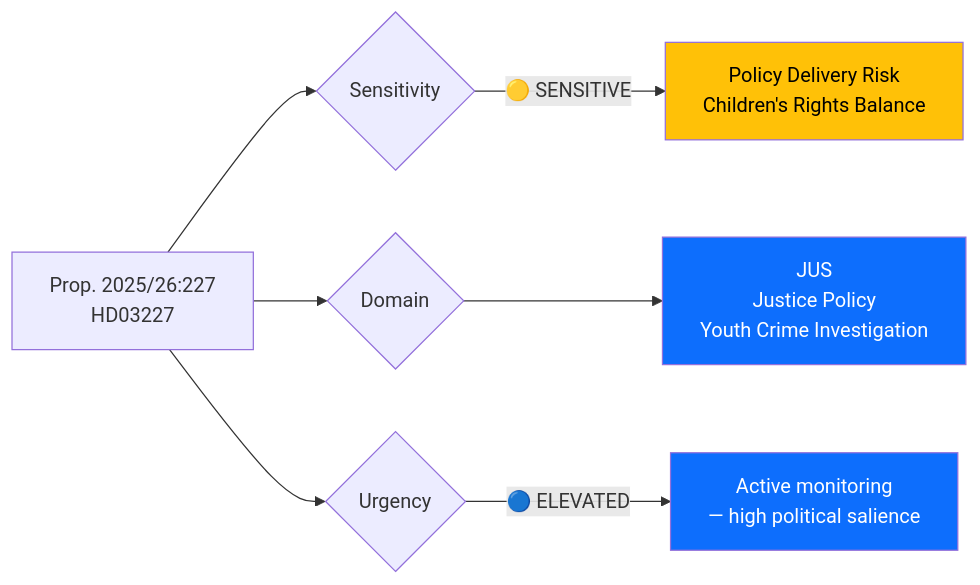
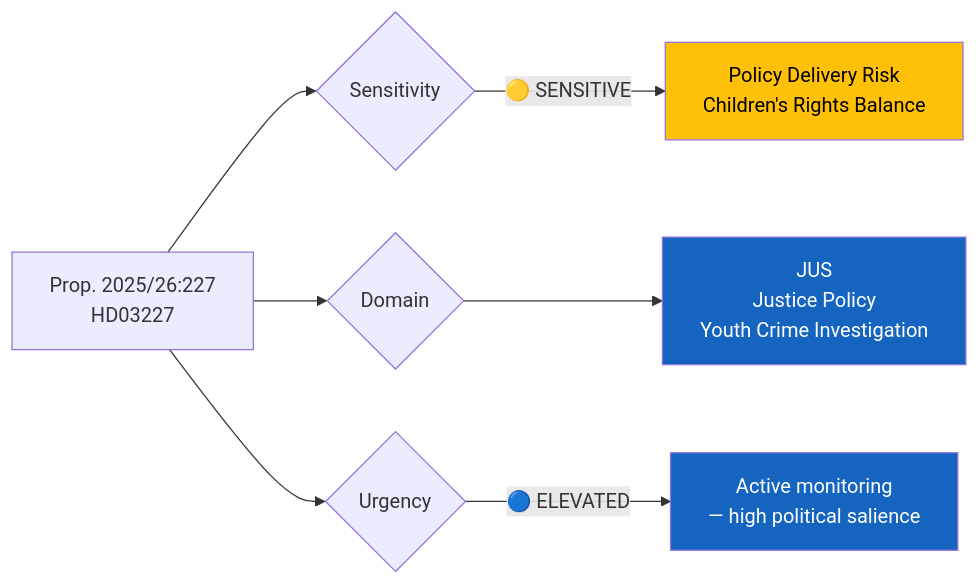
Before and after one commit to Hack23/riksdagsmonitor: the diagram in analysis/daily/2026-03-26/propositions/documents/hd03227-analysis.md, drawn with Mermaid. The commit also changed 785 other files, not shown here.

First line of the commit message:
Normalize mermaid colors across 786 analysis artifacts to ISMS Style Guide palette

````diff
--- a/analysis/daily/2026-03-26/propositions/documents/hd03227-analysis.md
+++ b/analysis/daily/2026-03-26/propositions/documents/hd03227-analysis.md
@@ -34,15 +34,15 @@
 ```mermaid
 graph LR
     A["Prop. 2025/26:227<br/>HD03227"] --> B{Sensitivity}
     B -->|"🟡 SENSITIVE"| D["Policy Delivery Risk<br/>Children's Rights Balance"]
     
     A --> G{Domain}
     G --> H["JUS<br/>Justice Policy<br/>Youth Crime Investigation"]
     
     A --> I{Urgency}
     I -->|"🔵 ELEVATED"| L["Active monitoring<br/>— high political salience"]
     
-    style D fill:#ffc107,color:#000
-    style H fill:#0d6efd,color:#fff
-    style L fill:#0d6efd,color:#fff
+    style D fill:#FFC107,color:#000000
+    style H fill:#1565C0,color:#FFFFFF
+    style L fill:#1565C0,color:#FFFFFF
 ```
````
